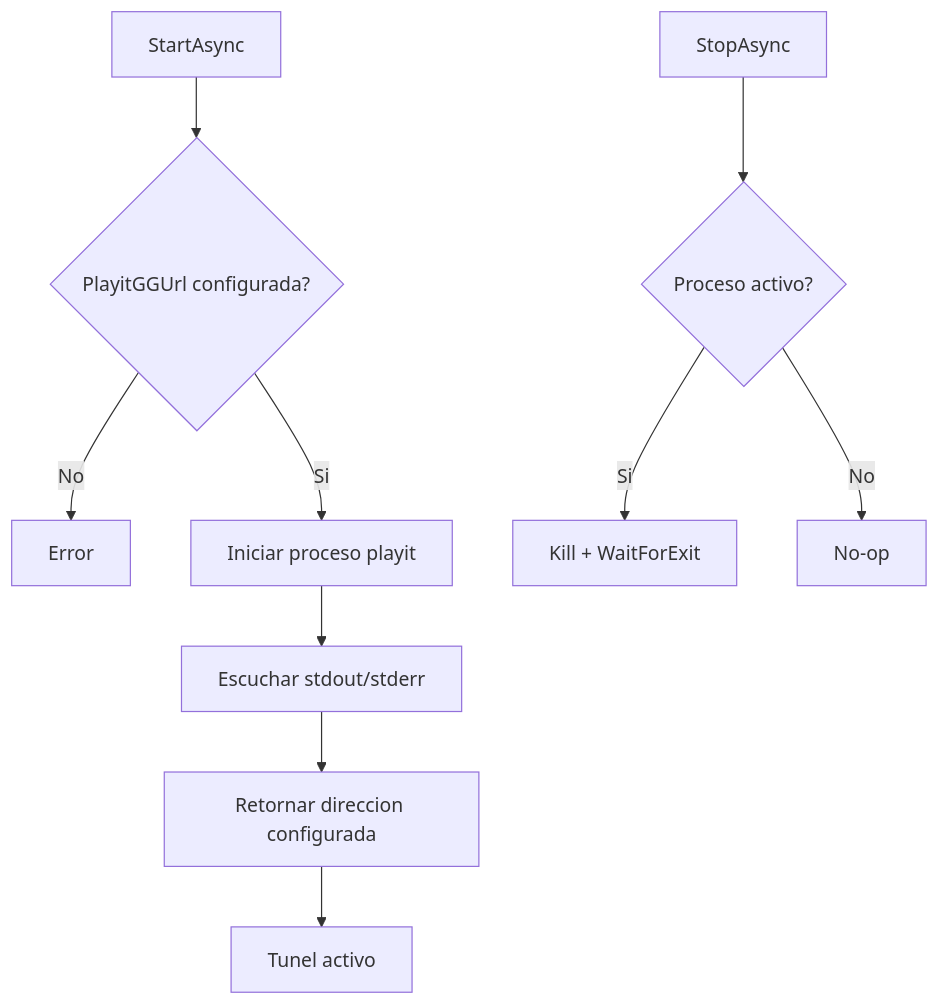
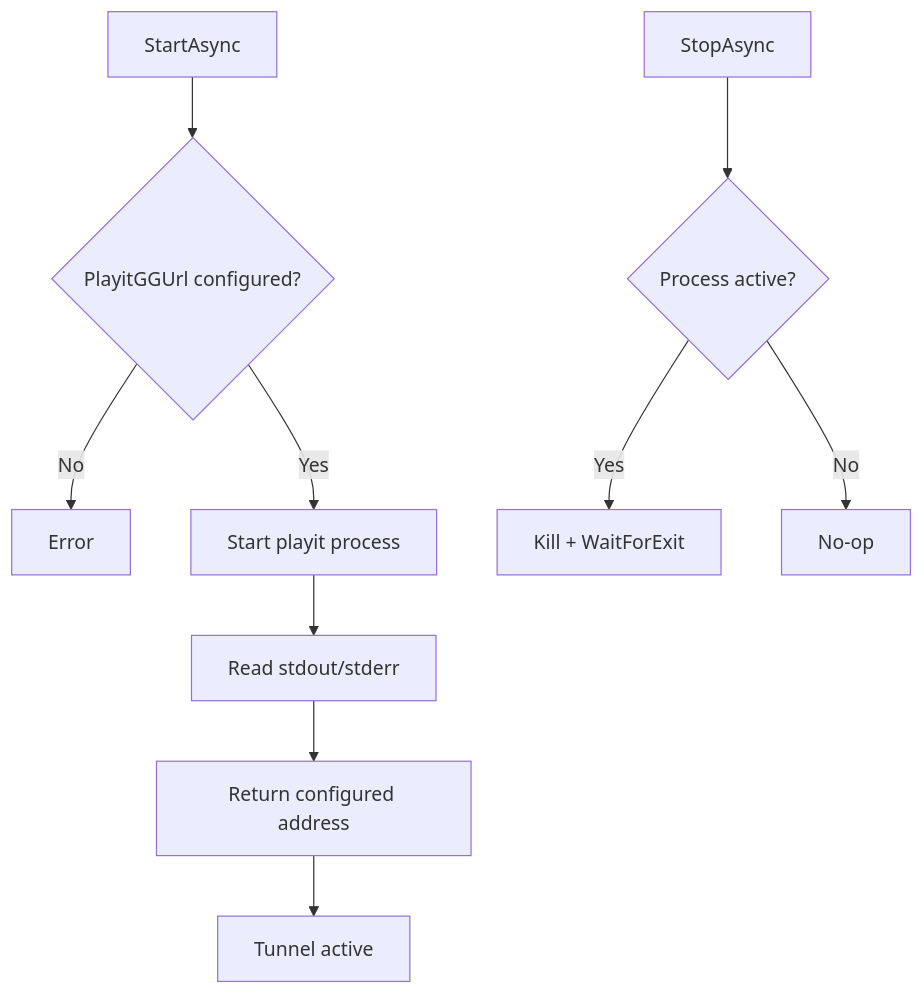
The diagram in src/Tunnel/README.md (fnandoth/mcsync), drawn with Mermaid before and after one commit. The commit also changed other lines of this file and 14 other files, not shown here.

````diff
--- a/src/Tunnel/README.md
+++ b/src/Tunnel/README.md
@@ -13,13 +15,13 @@
 ```mermaid
 flowchart TD
-    A[StartAsync] --> B{PlayitGGUrl configurada?}
+    A[StartAsync] --> B{PlayitGGUrl configured?}
     B -- No --> C[Error]
-    B -- Si --> D[Iniciar proceso playit]
-    D --> E[Escuchar stdout/stderr]
-    E --> F[Retornar direccion configurada]
-    F --> G[Tunel activo]
+    B -- Yes --> D[Start playit process]
+    D --> E[Read stdout/stderr]
+    E --> F[Return configured address]
+    F --> G[Tunnel active]
 
-    H[StopAsync] --> I{Proceso activo?}
-    I -- Si --> J[Kill + WaitForExit]
+    H[StopAsync] --> I{Process active?}
+    I -- Yes --> J[Kill + WaitForExit]
     I -- No --> K[No-op]
 ```
````
